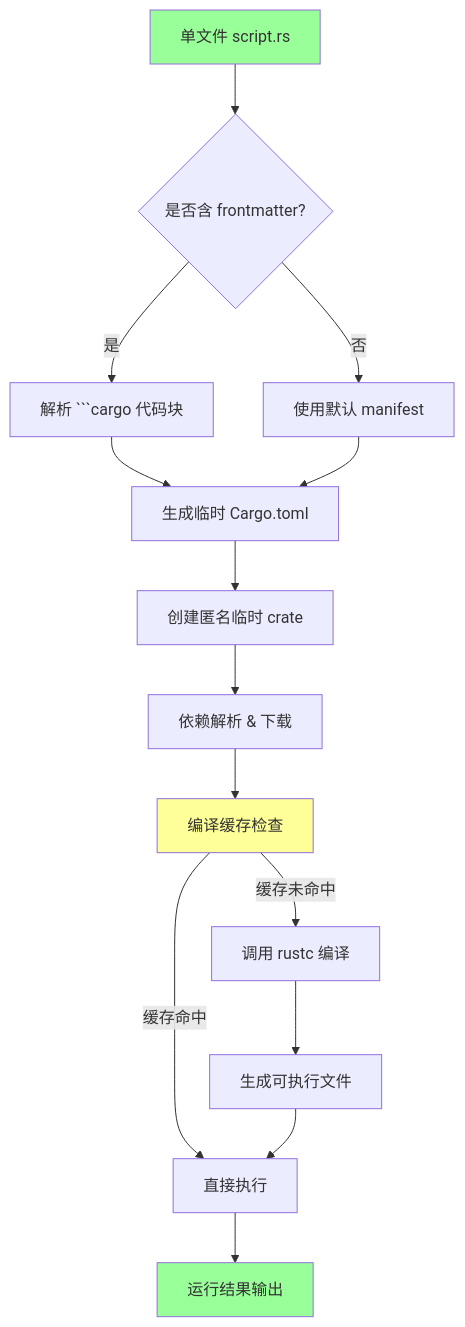
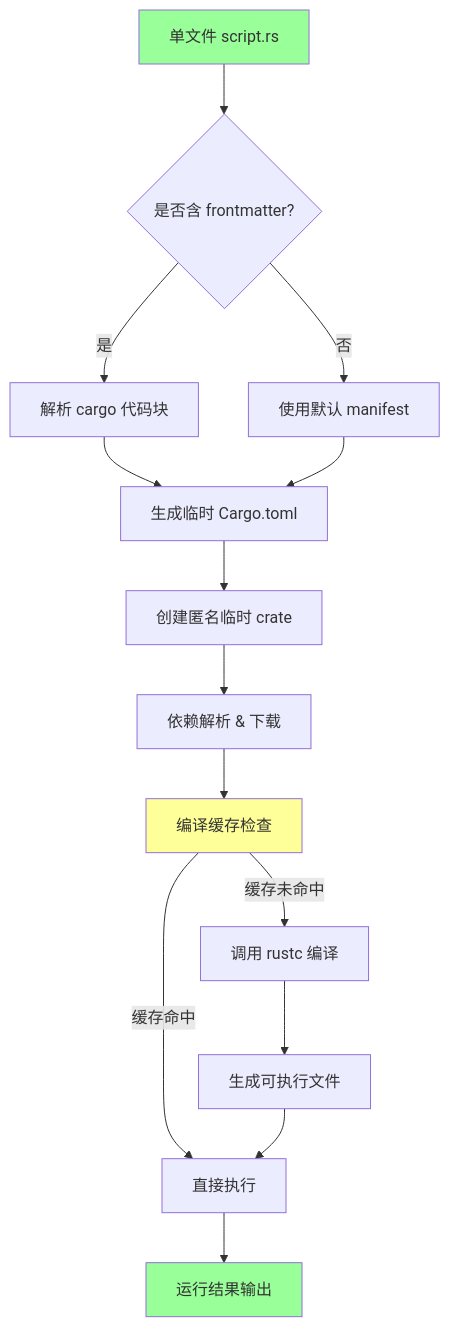
Before and after one commit to martin-ly/rust-lang: the first of 2 diagrams in concept/06_ecosystem/09_cargo_script.md, drawn with Mermaid. The commit also changed other lines of this file and 22 other files, not shown here.

````diff
--- a/concept/06_ecosystem/09_cargo_script.md
+++ b/concept/06_ecosystem/09_cargo_script.md
@@ -162,24 +168,24 @@
 ```mermaid
 graph TD
     A[单文件 script.rs] --> B{是否含 frontmatter?}
-    B -->|是| C[解析 ```cargo 代码块]
+    B -->|是| C[解析 cargo 代码块]
     B -->|否| D[使用默认 manifest]
 
     C --> E[生成临时 Cargo.toml]
     D --> E
 
     E --> F[创建匿名临时 crate]
     F --> G[依赖解析 & 下载]
     G --> H[编译缓存检查]
 
     H -->|缓存命中| I[直接执行]
     H -->|缓存未命中| J[调用 rustc 编译]
     J --> K[生成可执行文件]
     K --> I
 
     I --> L[运行结果输出]
 
     style A fill:#9f9
     style L fill:#9f9
     style H fill:#ff9
 ```
````
